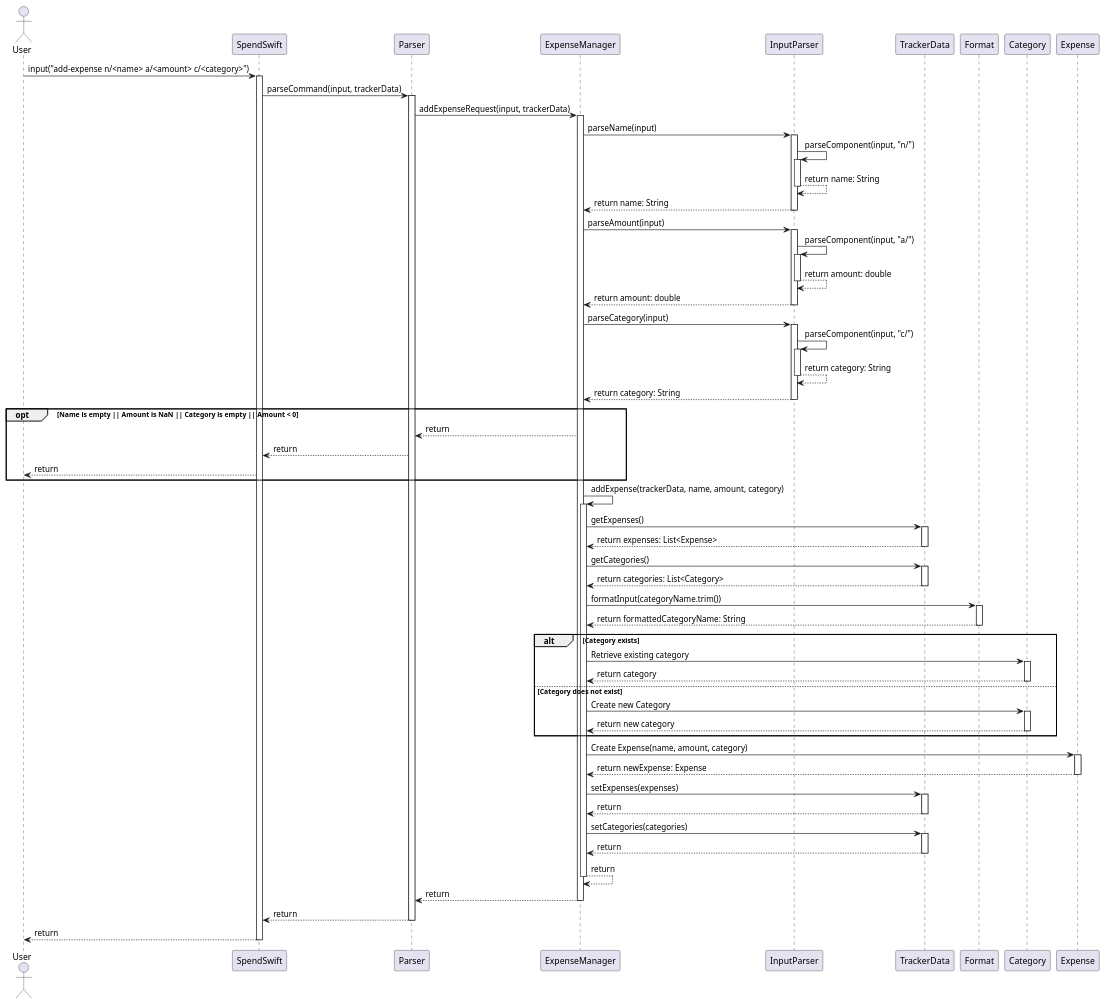
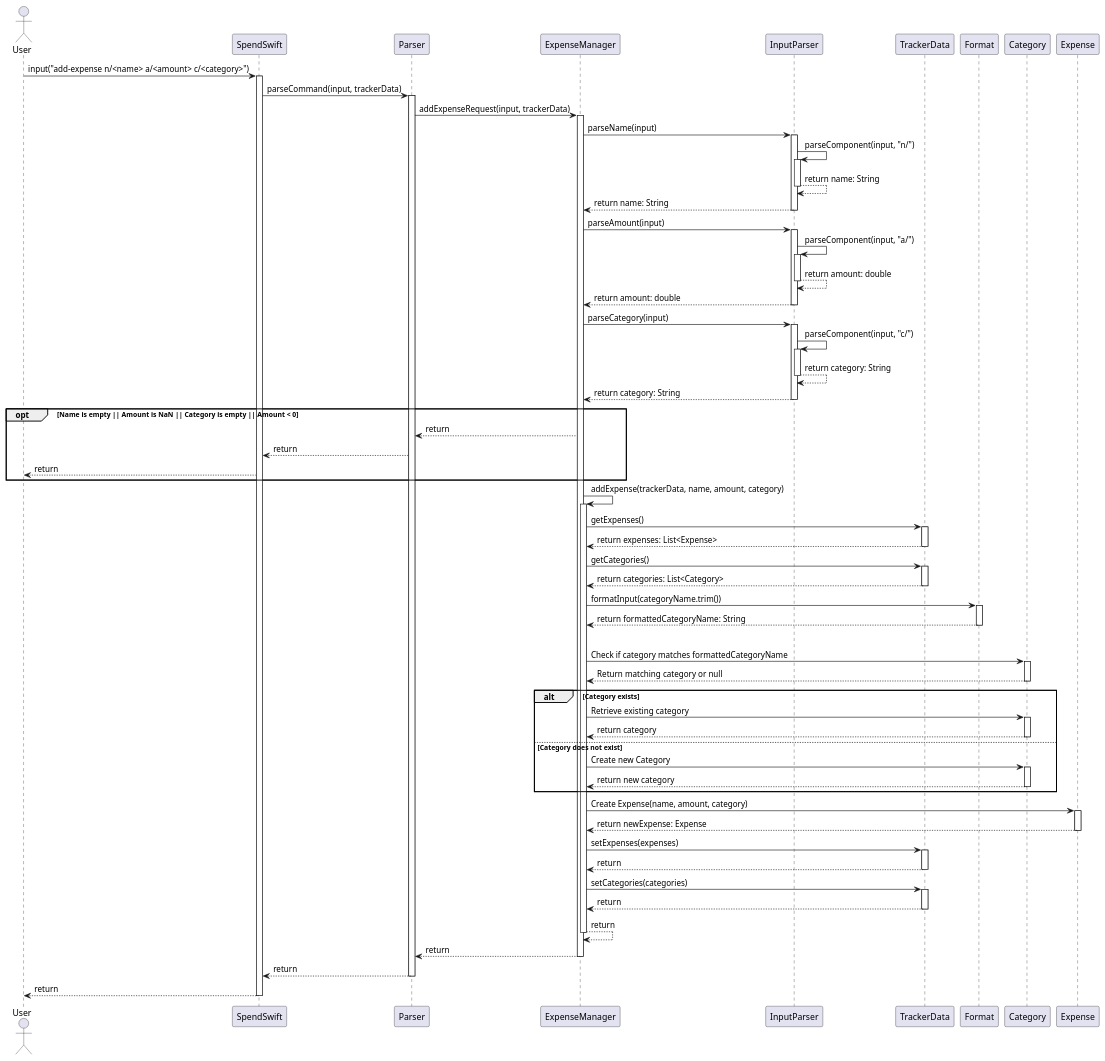
Before and after one commit to nus-cs2113-AY2425S1/tp: the diagram in docs/diagrams/AddExpense.puml, drawn with PlantUML. The commit also changed 6 other files, not shown here.

Commit message:
Add set-budget sequence diagram

```diff
--- a/docs/diagrams/AddExpense.puml
+++ b/docs/diagrams/AddExpense.puml
@@ -1,105 +1,111 @@
 @startuml
 actor User
 participant SpendSwift
 participant Parser
 participant ExpenseManager
 participant InputParser
 participant TrackerData
 participant Format
 participant Category
 participant Expense
 
 User -> SpendSwift : input("add-expense n/<name> a/<amount> c/<category>")
 activate SpendSwift
 SpendSwift -> Parser : parseCommand(input, trackerData)
 
 activate Parser
 Parser -> ExpenseManager : addExpenseRequest(input, trackerData)
 
 activate ExpenseManager
 ExpenseManager -> InputParser : parseName(input)
 activate InputParser
 InputParser -> InputParser : parseComponent(input, "n/")
     activate InputParser
     InputParser --> InputParser : return name: String
     deactivate InputParser
 InputParser --> ExpenseManager : return name: String
 deactivate InputParser
 
 ExpenseManager -> InputParser : parseAmount(input)
 activate InputParser
 InputParser -> InputParser : parseComponent(input, "a/")
     activate InputParser
     InputParser --> InputParser : return amount: double
     deactivate InputParser
 InputParser --> ExpenseManager : return amount: double
 deactivate InputParser
 
 ExpenseManager -> InputParser : parseCategory(input)
 activate InputParser
 InputParser -> InputParser : parseComponent(input, "c/")
     activate InputParser
     InputParser --> InputParser : return category: String
     deactivate InputParser
 InputParser --> ExpenseManager : return category: String
 deactivate InputParser
 
 opt Name is empty || Amount is NaN || Category is empty || Amount < 0
     ExpenseManager --> Parser : return
     Parser --> SpendSwift : return
     SpendSwift --> User : return
 end
 
 ExpenseManager -> ExpenseManager : addExpense(trackerData, name, amount, category)
 activate ExpenseManager
 ExpenseManager -> TrackerData : getExpenses()
 activate TrackerData
 TrackerData --> ExpenseManager : return expenses: List<Expense>
 deactivate TrackerData
 ExpenseManager -> TrackerData : getCategories()
 activate TrackerData
 TrackerData --> ExpenseManager : return categories: List<Category>
 deactivate TrackerData
 
 ExpenseManager -> Format : formatInput(categoryName.trim())
 activate Format
 Format --> ExpenseManager : return formattedCategoryName: String
 deactivate Format
 
+loop Search for Category
+ExpenseManager -> Category : Check if category matches formattedCategoryName
+activate Category
+Category --> ExpenseManager : Return matching category or null
+deactivate Category
+
 alt Category exists
     ExpenseManager -> Category : Retrieve existing category
     activate Category
     Category --> ExpenseManager : return category
     deactivate Category
 else Category does not exist
     ExpenseManager -> Category : Create new Category
     activate Category
     Category --> ExpenseManager : return new category
     deactivate Category
 end
 
 ExpenseManager -> Expense : Create Expense(name, amount, category)
 activate Expense
 Expense --> ExpenseManager : return newExpense: Expense
 deactivate Expense
 
 ExpenseManager -> TrackerData : setExpenses(expenses)
 activate TrackerData
 TrackerData --> ExpenseManager : return
 deactivate TrackerData
 
 ExpenseManager -> TrackerData : setCategories(categories)
 activate TrackerData
 TrackerData --> ExpenseManager : return
 deactivate TrackerData
 
 ExpenseManager --> ExpenseManager : return
 deactivate ExpenseManager
 
 ExpenseManager --> Parser : return
 deactivate ExpenseManager
 Parser --> SpendSwift : return
 deactivate Parser
 SpendSwift --> User : return
 deactivate SpendSwift
 @enduml
```
